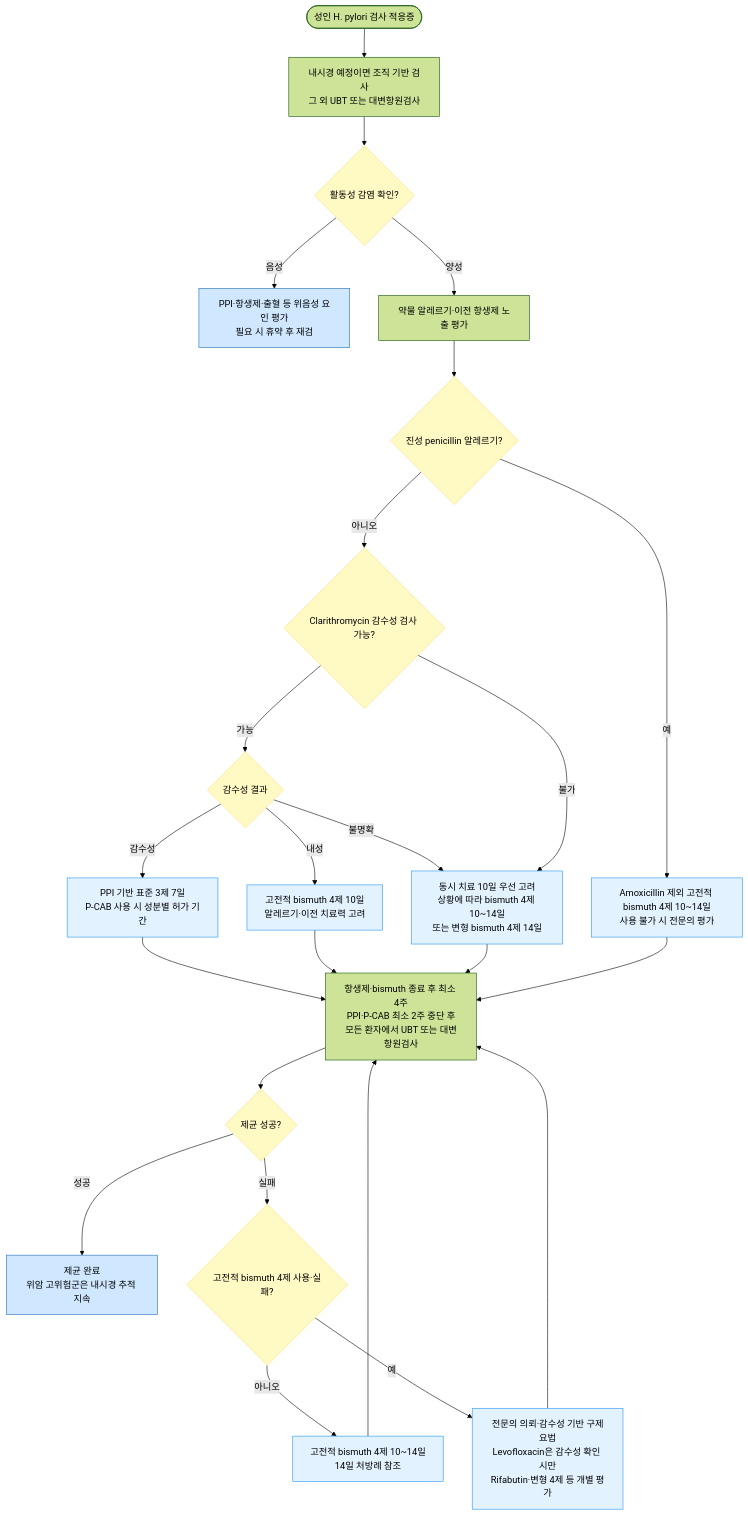
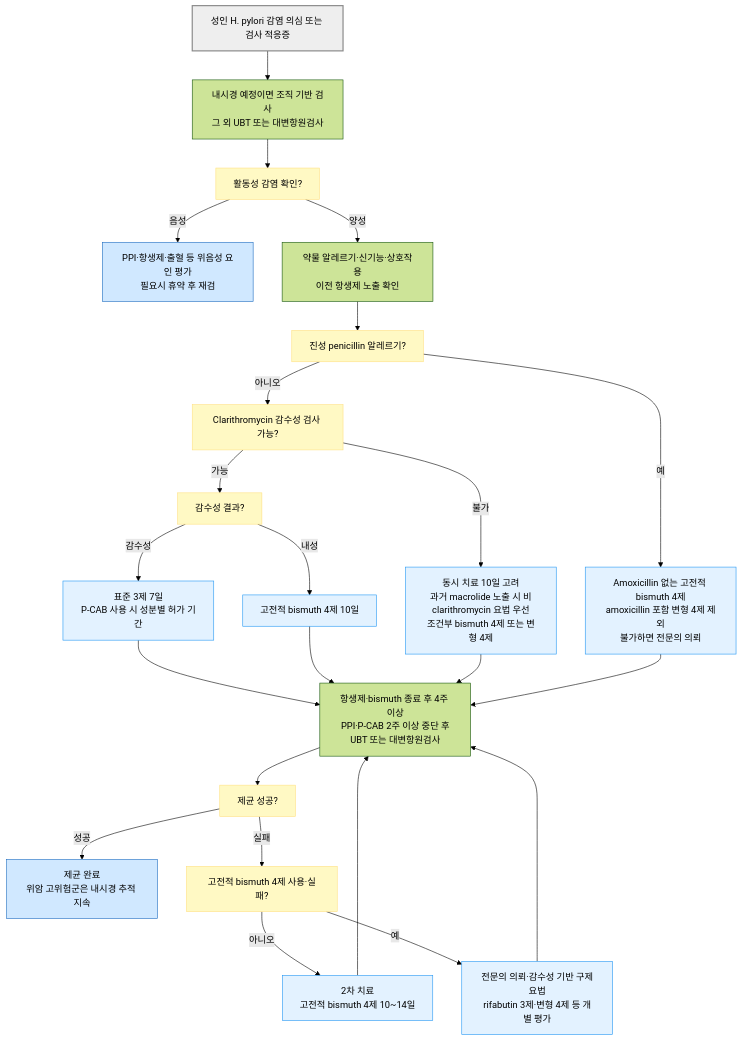
Before and after one commit to familyoh77/familyoh77: the diagram in 224_/080_-h_pylori-infection.md, drawn with Mermaid (forest theme). The commit also changed other lines of this file and 16 other files, not shown here.

````diff
--- a/224_/080_-h_pylori-infection.md
+++ b/224_/080_-h_pylori-infection.md
@@ -118,32 +119,32 @@
 ```mermaid
 flowchart TD
-    A(["성인 H. pylori 검사 적응증"]) --> B["내시경 예정이면 조직 기반 검사<br/>그 외 UBT 또는 대변항원검사"]
-    B --> C{"활동성 감염 확인?"}
-    C -- "음성" --> D["PPI·항생제·출혈 등 위음성 요인 평가<br/>필요 시 휴약 후 재검"]
-    C -- "양성" --> V["약물 알레르기·이전 항생제 노출 평가"]
-    V --> P{"진성 penicillin 알레르기?"}
-    P -- "예" --> Q["Amoxicillin 제외 고전적 bismuth 4제 10~14일<br/>사용 불가 시 전문의 평가"]
-    P -- "아니오" --> E{"Clarithromycin 감수성 검사 가능?"}
-    E -- "가능" --> F{"감수성 결과"}
-    F -- "감수성" --> G["PPI 기반 표준 3제 7일<br/>P-CAB 사용 시 성분별 허가 기간"]
-    F -- "불명확" --> I
-    F -- "내성" --> H["고전적 bismuth 4제 10일<br/>알레르기·이전 치료력 고려"]
-    E -- "불가" --> I["동시 치료 10일 우선 고려<br/>상황에 따라 bismuth 4제 10~14일<br/>또는 변형 bismuth 4제 14일"]
-    G --> J["항생제·bismuth 종료 후 최소 4주<br/>PPI·P-CAB 최소 2주 중단 후<br/>모든 환자에서 UBT 또는 대변항원검사"]
+    A["성인 H. pylori 감염 의심 또는 검사 적응증"] --> B["내시경 예정이면 조직 기반 검사<br/>그 외 UBT 또는 대변항원검사"]
+    B --> C["활동성 감염 확인?"]
+    C -- "음성" --> D["PPI·항생제·출혈 등 위음성 요인 평가<br/>필요시 휴약 후 재검"]
+    C -- "양성" --> V["약물 알레르기·신기능·상호작용<br/>이전 항생제 노출 확인"]
+    V --> P["진성 penicillin 알레르기?"]
+    P -- "아니오" --> E["Clarithromycin 감수성 검사 가능?"]
+    P -- "예" --> Q["Amoxicillin 없는 고전적 bismuth 4제<br/>amoxicillin 포함 변형 4제 제외<br/>불가하면 전문의 의뢰"]
+    E -- "가능" --> F["감수성 결과?"]
+    F -- "감수성" --> G["표준 3제 7일<br/>P-CAB 사용 시 성분별 허가 기간"]
+    F -- "내성" --> H["고전적 bismuth 4제 10일"]
+    E -- "불가" --> I["동시 치료 10일 고려<br/>과거 macrolide 노출 시 비clarithromycin 요법 우선<br/>조건부 bismuth 4제 또는 변형 4제"]
+    G --> J["항생제·bismuth 종료 후 4주 이상<br/>PPI·P-CAB 2주 이상 중단 후<br/>UBT 또는 대변항원검사"]
     H --> J
     I --> J
     Q --> J
-    J --> K{"제균 성공?"}
+    J --> K["제균 성공?"]
     K -- "성공" --> L["제균 완료<br/>위암 고위험군은 내시경 추적 지속"]
-    K -- "실패" --> M{"고전적 bismuth 4제 사용·실패?"}
-    M -- "아니오" --> N["고전적 bismuth 4제 10~14일<br/>14일 처방례 참조"]
-    M -- "예" --> O["전문의 의뢰·감수성 기반 구제요법<br/>Levofloxacin은 감수성 확인 시만<br/>Rifabutin·변형 4제 등 개별 평가"]
+    K -- "실패" --> M["고전적 bismuth 4제 사용·실패?"]
+    M -- "아니오" --> N["2차 치료<br/>고전적 bismuth 4제 10~14일"]
+    M -- "예" --> O["전문의 의뢰·감수성 기반 구제요법<br/>rifabutin 3제·변형 4제 등 개별 평가"]
     N --> J
     O --> J
+    style A fill:#eeeeee,stroke:#888888,stroke-width:2px
     classDef yellow fill:#fff9c4,stroke:#ffe082
     class C,E,F,K,M,P yellow
     classDef sky fill:#e3f2ff,stroke:#2196f3
     class G,H,I,N,O,Q sky
     classDef blue fill:#d0e8ff,stroke:#1a6abf
     class D,L blue
 ```
````
